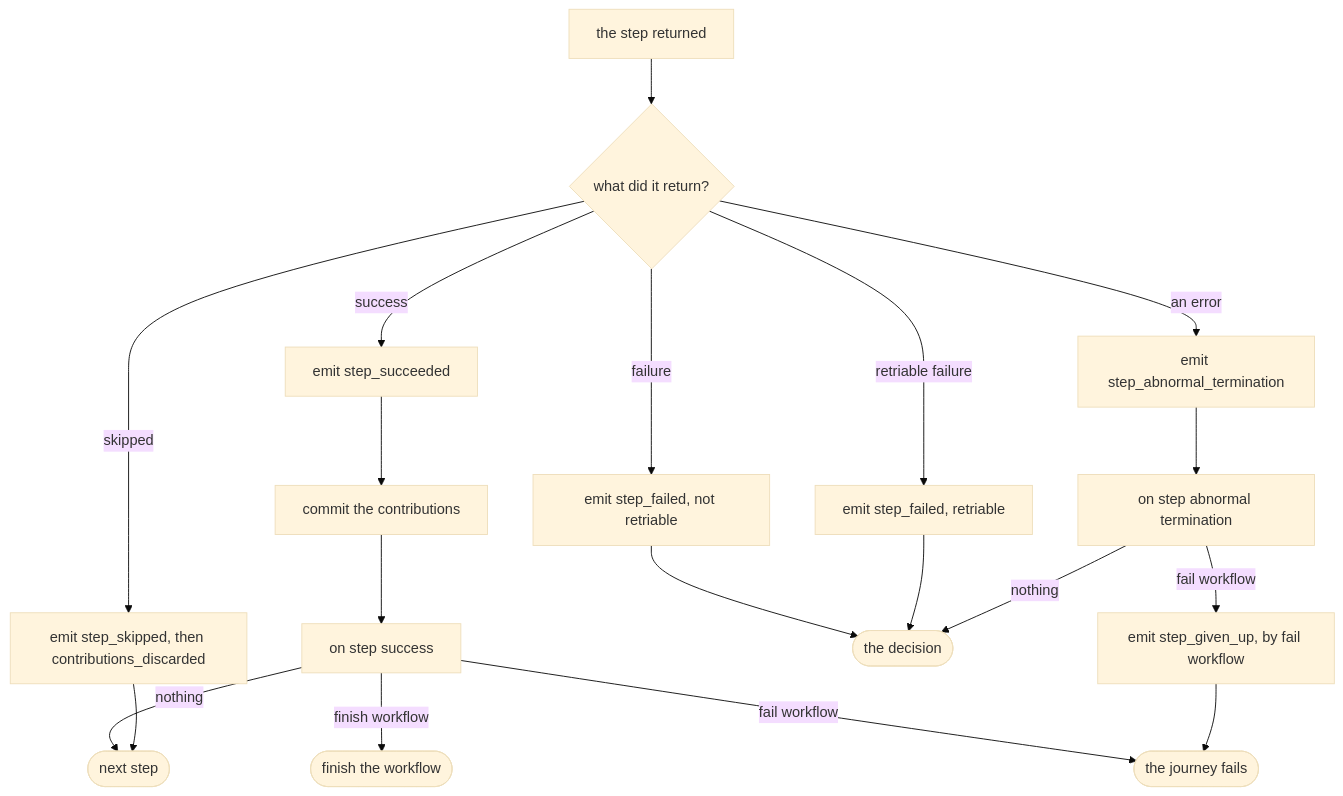
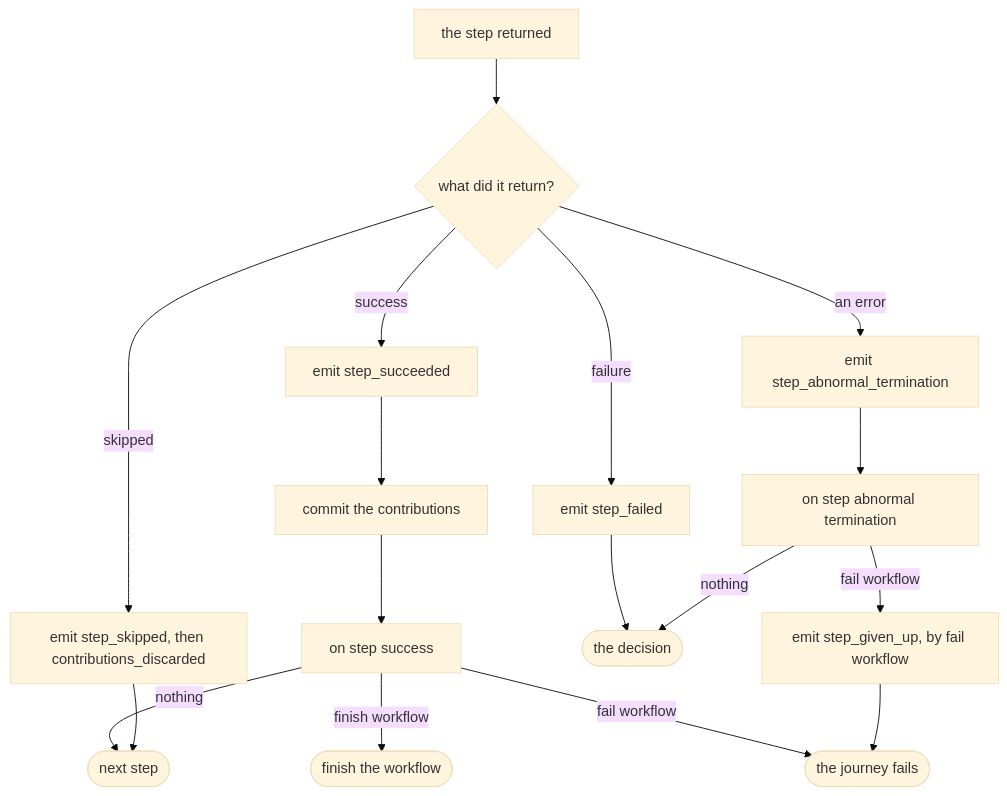
The ninth of 14 diagrams in docs/architecture.md (itinera-dev/itinera-rs), drawn with Mermaid (base theme) before and after one commit. The commit also changed other lines of this file and 75 other files, not shown here.

````diff
--- a/docs/architecture.md
+++ b/docs/architecture.md
@@ -379,23 +379,21 @@
 ```mermaid
 flowchart TD
     accTitle: What the engine does with an attempt's outcome
-    accDescr: A success emits step succeeded, commits the contributions and calls the on step success hook, which may finish the workflow or fail the journey. A skip emits step skipped and discards the contributions. A failure or a retriable failure emits step failed and goes to the decision. An error emits step abnormal termination and calls the on step abnormal termination hook, which may fail the journey; otherwise it goes to the decision.
+    accDescr: A success emits step succeeded, commits the contributions and calls the on step success hook, which may finish the workflow or fail the journey. A skip emits step skipped and discards the contributions. A failure emits step failed and goes to the decision. An error emits step abnormal termination and calls the on step abnormal termination hook, which may fail the journey; otherwise it goes to the decision.
     ran["the step returned"] --> kind{"what did it return?"}
     kind -->|"success"| succeeded["emit step_succeeded"]
     succeeded --> commit["commit the contributions"]
     commit --> onsuccess["on step success"]
     onsuccess -->|"nothing"| next(["next step"])
     onsuccess -->|"finish workflow"| finish(["finish the workflow"])
     onsuccess -->|"fail workflow"| fail(["the journey fails"])
     kind -->|"skipped"| skipped["emit step_skipped, then contributions_discarded"]
     skipped --> next
-    kind -->|"failure"| sfailed["emit step_failed, not retriable"]
-    kind -->|"retriable failure"| rfailed["emit step_failed, retriable"]
+    kind -->|"failure"| sfailed["emit step_failed"]
     sfailed --> decide(["the decision"])
-    rfailed --> decide
     kind -->|"an error"| abnormal["emit step_abnormal_termination"]
     abnormal --> onabnormal["on step abnormal termination"]
     onabnormal -->|"nothing"| decide
     onabnormal -->|"fail workflow"| givenup["emit step_given_up, by fail workflow"]
     givenup --> fail
 ```
````
